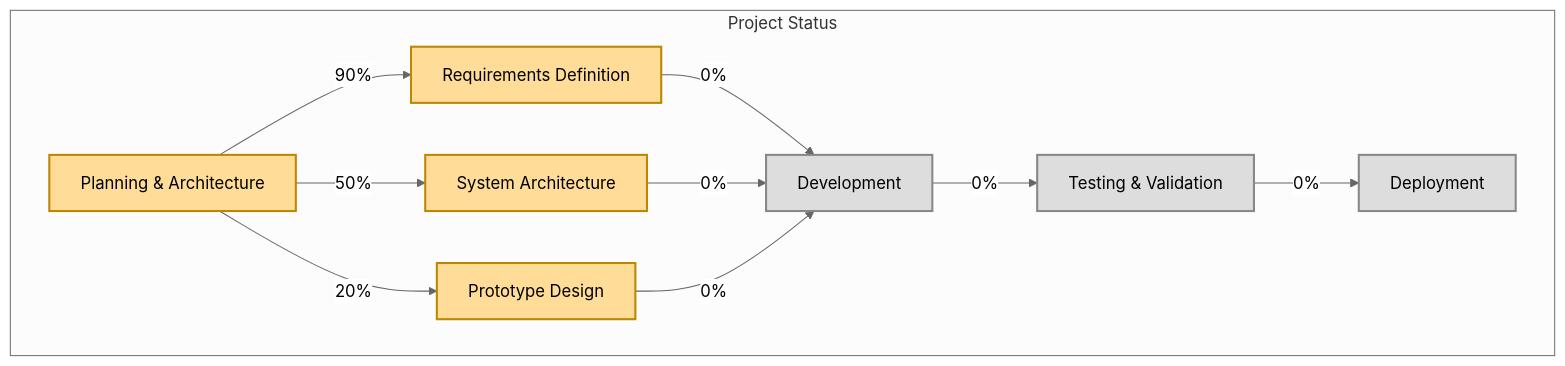
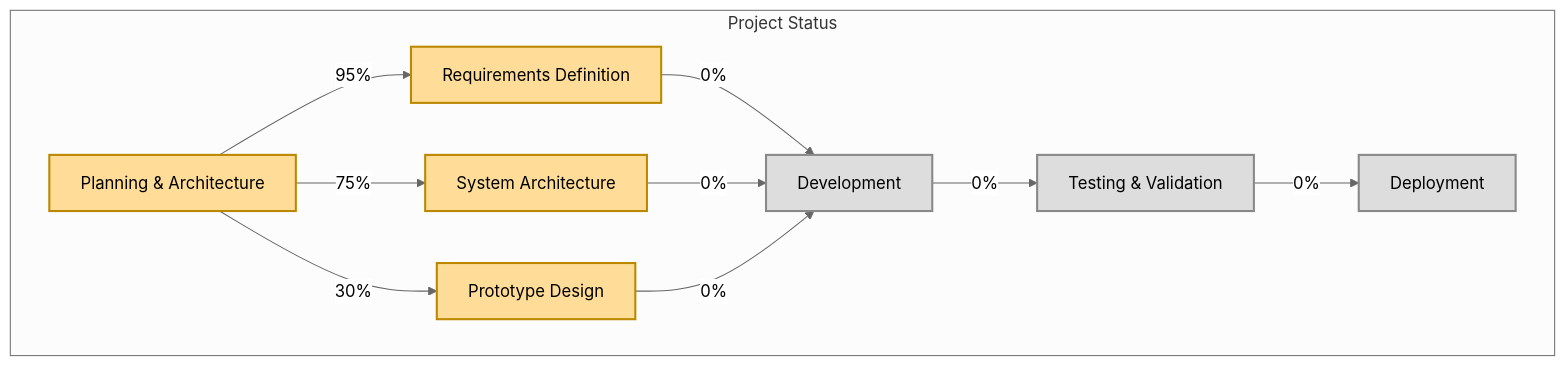
The diagram in memory-bank/progress.md (SplinteredSunlight/PerformanceSuite), drawn with Mermaid (neutral theme) before and after one commit. The commit also changed other lines of this file and 21 other files, not shown here.

Commit message:
Project restructuring and enhancement: Add schema definitions, simulation scripts, and update documentation

````diff
--- a/memory-bank/progress.md
+++ b/memory-bank/progress.md
@@ -7,25 +7,25 @@
 ```mermaid
 graph TD
     subgraph Project Status
-        Planning[Planning & Architecture] --> |90%| Requirements[Requirements Definition]
-        Planning --> |50%| Architecture[System Architecture]
-        Planning --> |20%| PrototypeDesign[Prototype Design]
+        Planning[Planning & Architecture] --> |95%| Requirements[Requirements Definition]
+        Planning --> |75%| Architecture[System Architecture]
+        Planning --> |30%| PrototypeDesign[Prototype Design]
         
         Requirements --> |0%| Development[Development]
         Architecture --> |0%| Development
         PrototypeDesign --> |0%| Development
         
         Development --> |0%| Testing[Testing & Validation]
         Testing --> |0%| Deployment[Deployment]
     end
     
     classDef complete fill:#9f9,stroke:#484,stroke-width:2px;
     classDef inProgress fill:#fd9,stroke:#b80,stroke-width:2px;
     classDef notStarted fill:#ddd,stroke:#888,stroke-width:2px;
     
     class Planning inProgress;
     class Requirements inProgress;
     class Architecture inProgress;
     class PrototypeDesign inProgress;
     class Development,Testing,Deployment notStarted;
 ```
````
